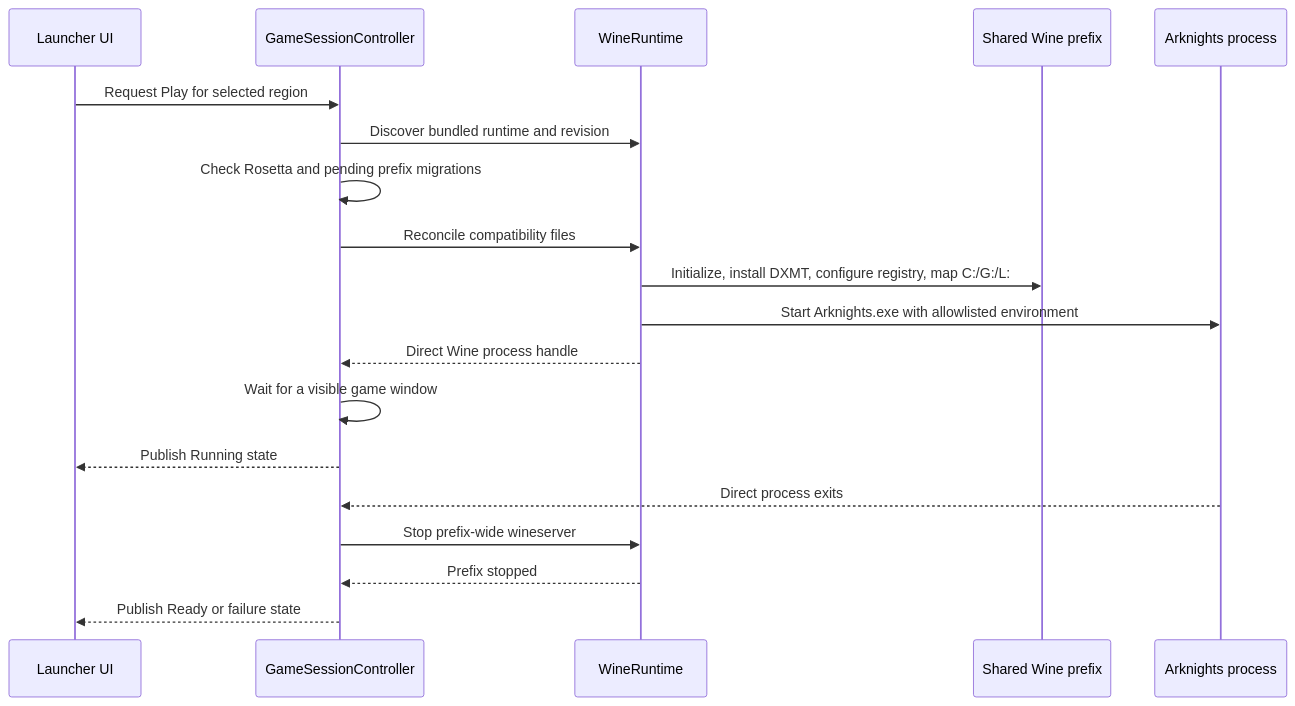
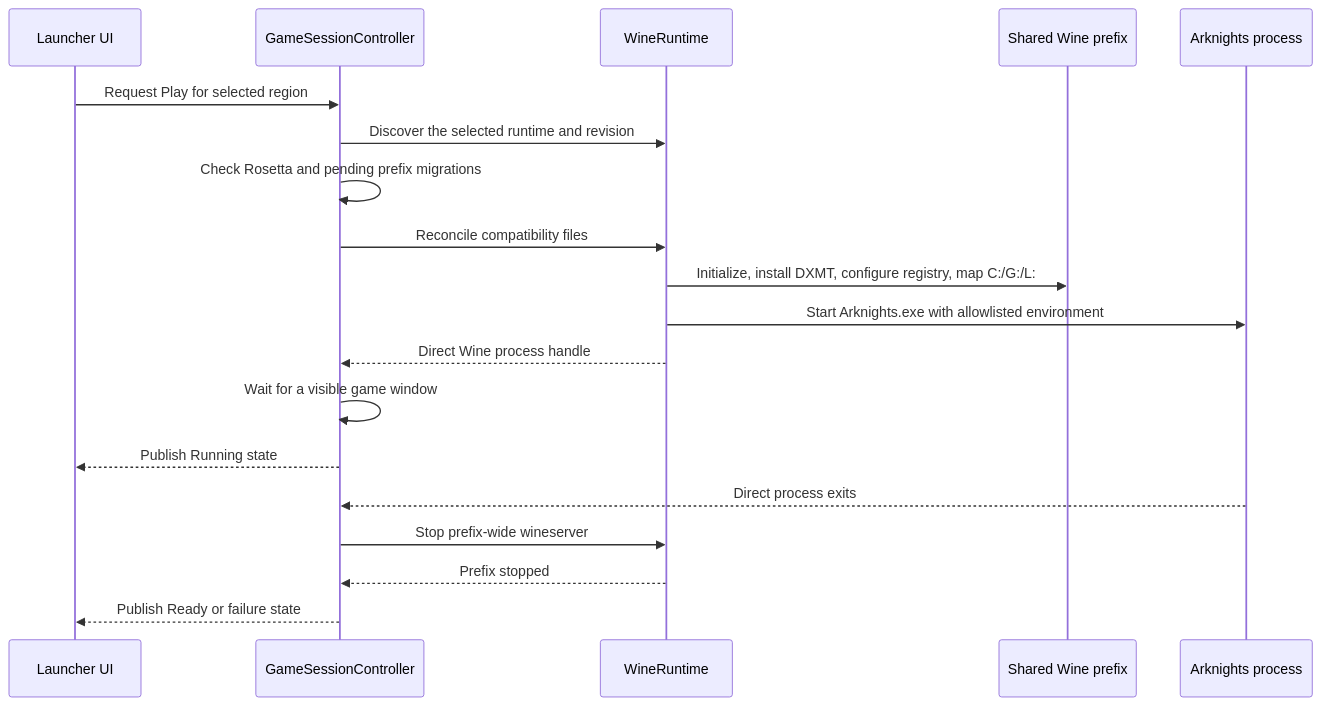
One commit to LuMiSxh/Arknights-MacOS-Client changed the second of 4 diagrams in docs/development/architecture/launch-and-process-lifecycle.md. Above: the diagram before and after it, drawn with Mermaid. The commit also changed other lines of this file and 147 other files, not shown here.

First line of the commit message:
feat(runtime): manage runtime delivery and architecture choice

````diff
--- a/docs/development/architecture/launch-and-process-lifecycle.md
+++ b/docs/development/architecture/launch-and-process-lifecycle.md
@@ -103,22 +103,22 @@
 ```mermaid
 sequenceDiagram
 	participant UI as Launcher UI
 	participant Session as GameSessionController
 	participant Runtime as WineRuntime
 	participant Prefix as Shared Wine prefix
 	participant Game as Arknights process
 
 	UI->>Session: Request Play for selected region
-	Session->>Runtime: Discover bundled runtime and revision
+	Session->>Runtime: Discover the selected runtime and revision
 	Session->>Session: Check Rosetta and pending prefix migrations
 	Session->>Runtime: Reconcile compatibility files
 	Runtime->>Prefix: Initialize, install DXMT, configure registry, map C:/G:/L:
 	Runtime->>Game: Start Arknights.exe with allowlisted environment
 	Runtime-->>Session: Direct Wine process handle
 	Session->>Session: Wait for a visible game window
 	Session-->>UI: Publish Running state
 	Game-->>Session: Direct process exits
 	Session->>Runtime: Stop prefix-wide wineserver
 	Runtime-->>Session: Prefix stopped
 	Session-->>UI: Publish Ready or failure state
 ```
````
